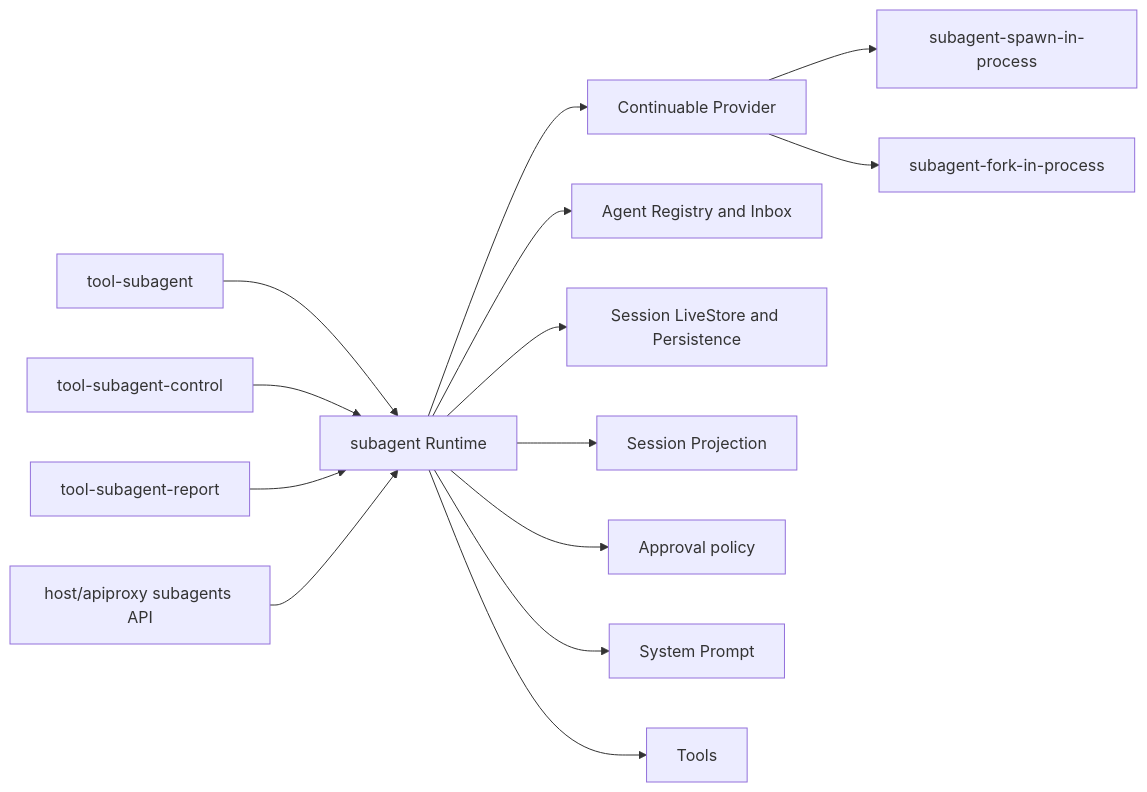
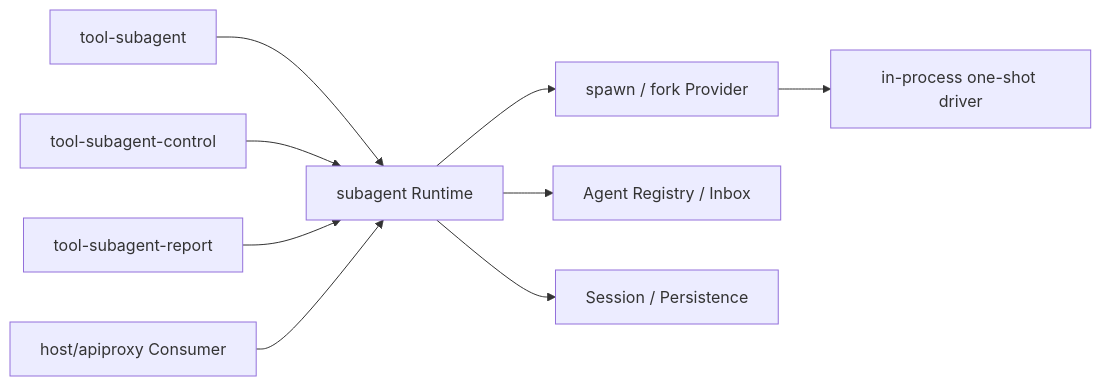
One commit to gorenx/goren changed the diagram in zh-CN/subagent/01-source-capability-analysis.md. Above: the diagram before and after it, drawn with Mermaid. The commit also changed other lines of this file and 20 other files, not shown here.

````diff
--- a/zh-CN/subagent/01-source-capability-analysis.md
+++ b/zh-CN/subagent/01-source-capability-analysis.md
@@ -9,16 +11,11 @@
 ```mermaid
 flowchart LR
-    TOOL[tool-subagent] --> CORE[subagent Runtime]
-    CONTROL[tool-subagent-control] --> CORE
-    REPORT[tool-subagent-report] --> CORE
-    HOST[host/apiproxy subagents API] --> CORE
-    CORE --> PROVIDER[Continuable Provider]
-    PROVIDER --> SPAWN[subagent-spawn-in-process]
-    PROVIDER --> FORK[subagent-fork-in-process]
-    CORE --> AGENT[Agent Registry and Inbox]
-    CORE --> SESSION[Session LiveStore and Persistence]
-    CORE --> PROJECTION[Session Projection]
-    CORE --> APPROVAL[Approval policy]
-    CORE --> PROMPT[System Prompt]
-    CORE --> TOOLS[Tools]
+    Tool[tool-subagent] --> Core[subagent Runtime]
+    Control[tool-subagent-control] --> Core
+    Report[tool-subagent-report] --> Core
+    Host[host/apiproxy Consumer] --> Core
+    Core --> Provider[spawn / fork Provider]
+    Provider --> Driver[in-process one-shot driver]
+    Core --> Agent[Agent Registry / Inbox]
+    Core --> Session[Session / Persistence]
 ```
````
